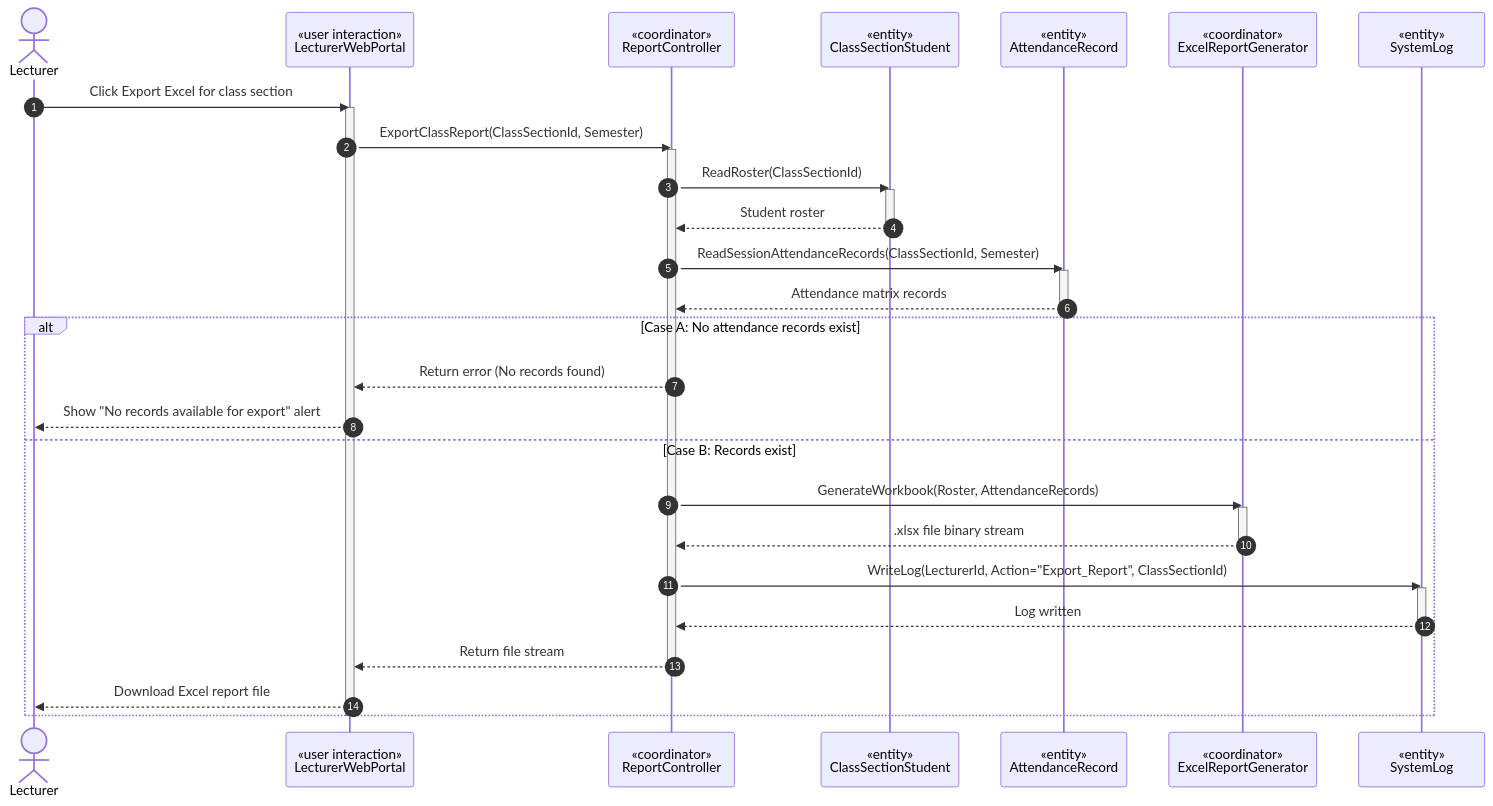
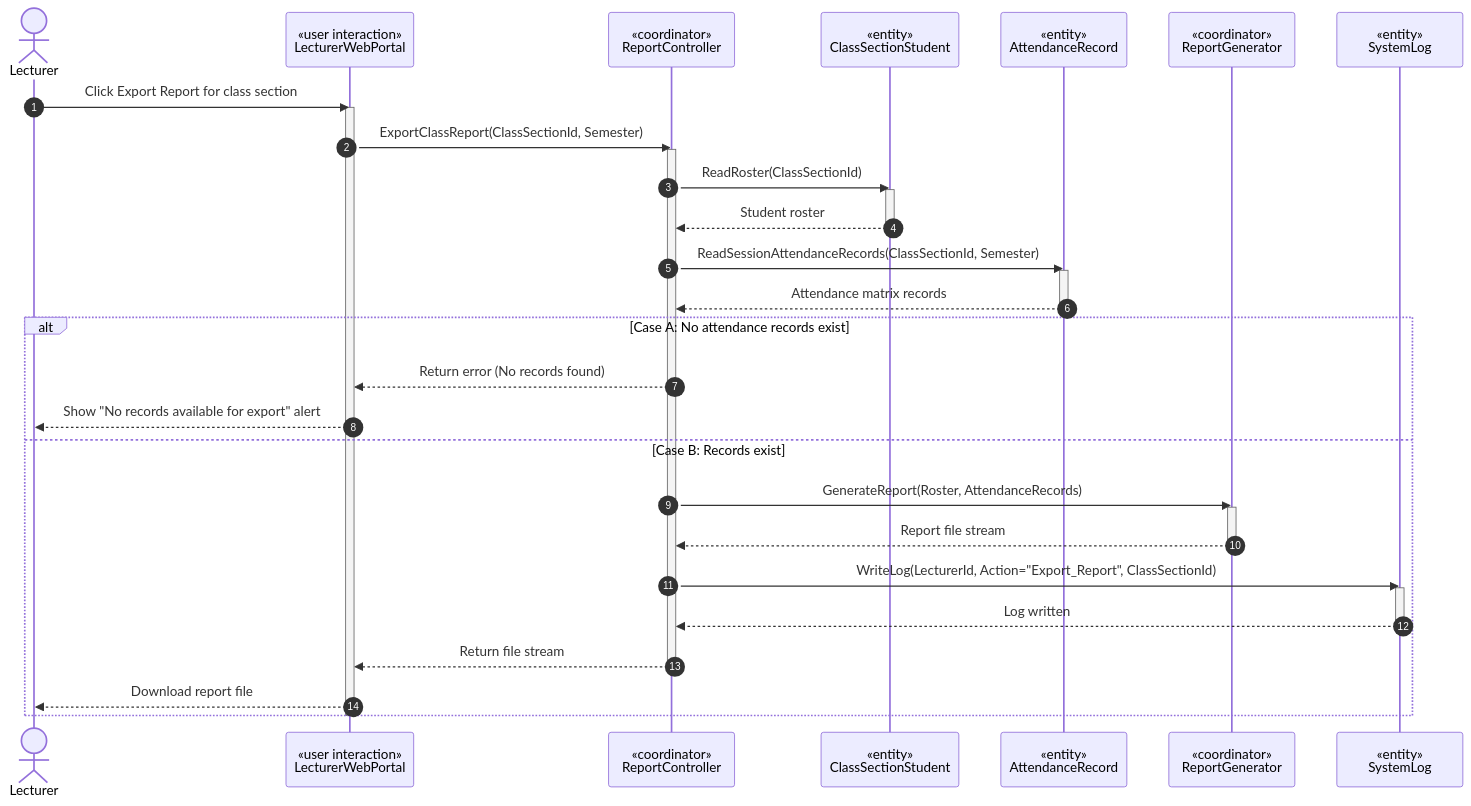
Before and after one commit to nttung42/SWD392: diagram 19 of 27 in AFAS_RDS_Document_Part1B_Analysis_models.md, drawn with Mermaid. The commit also changed other lines of this file and 3 other files, not shown here.

````diff
--- a/AFAS_RDS_Document_Part1B_Analysis_models.md
+++ b/AFAS_RDS_Document_Part1B_Analysis_models.md
@@ -1053,42 +1050,42 @@
 ```mermaid
 sequenceDiagram
     autonumber
     actor GV as Lecturer
     participant LWP as «user interaction»<br>LecturerWebPortal
     participant RC as «coordinator»<br>ReportController
     participant CSS as «entity»<br>ClassSectionStudent
     participant AR as «entity»<br>AttendanceRecord
-    participant XLS as «coordinator»<br>ExcelReportGenerator
+    participant REP as «coordinator»<br>ReportGenerator
     participant SL as «entity»<br>SystemLog
 
-    GV->>LWP: Click Export Excel for class section
+    GV->>LWP: Click Export Report for class section
     activate LWP
     LWP->>RC: ExportClassReport(ClassSectionId, Semester)
     activate RC
     RC->>CSS: ReadRoster(ClassSectionId)
     activate CSS
     CSS-->>RC: Student roster
     deactivate CSS
     RC->>AR: ReadSessionAttendanceRecords(ClassSectionId, Semester)
     activate AR
     AR-->>RC: Attendance matrix records
     deactivate AR
 
     alt Case A: No attendance records exist
         RC-->>LWP: Return error (No records found)
         LWP-->>GV: Show "No records available for export" alert
     else Case B: Records exist
-        RC->>XLS: GenerateWorkbook(Roster, AttendanceRecords)
-        activate XLS
-        XLS-->>RC: .xlsx file binary stream
-        deactivate XLS
+        RC->>REP: GenerateReport(Roster, AttendanceRecords)
+        activate REP
+        REP-->>RC: Report file stream
+        deactivate REP
         RC->>SL: WriteLog(LecturerId, Action="Export_Report", ClassSectionId)
         activate SL
         SL-->>RC: Log written
         deactivate SL
         RC-->>LWP: Return file stream
         deactivate RC
-        LWP-->>GV: Download Excel report file
+        LWP-->>GV: Download report file
     end
     deactivate LWP
 ```
````
